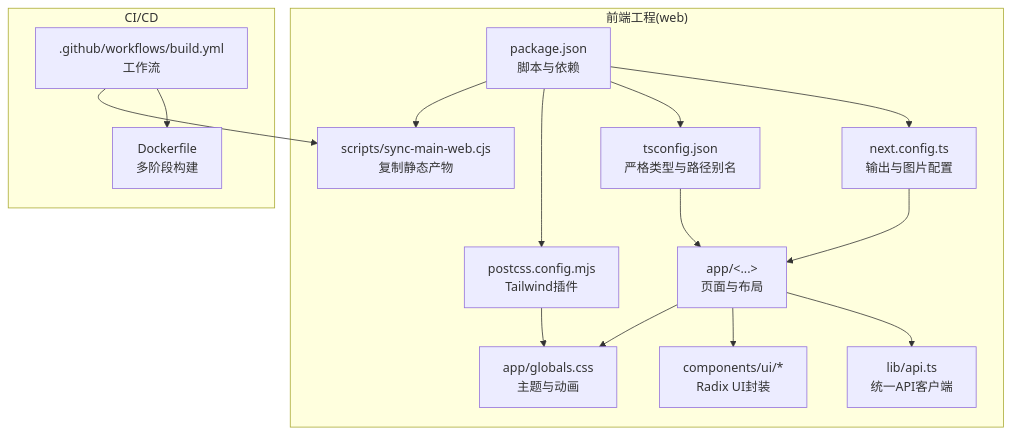
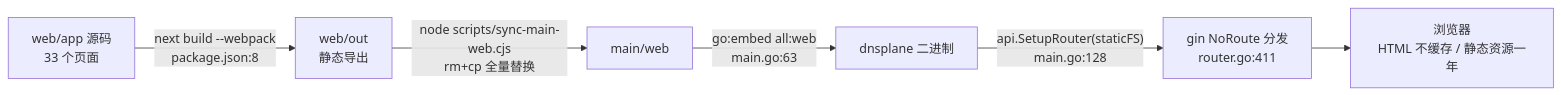
The first of 5 diagrams in docs/前端开发指南/构建部署与性能优化.md (x01n/dnsplane), drawn with Mermaid before and after one commit. The commit also changed other lines of this file and 326 other files, not shown here.

````diff
--- a/docs/前端开发指南/构建部署与性能优化.md
+++ b/docs/前端开发指南/构建部署与性能优化.md
@@ -40,30 +169,8 @@
 ```mermaid
-graph TB
-subgraph "前端工程(web)"
-Pkg["package.json<br/>脚本与依赖"]
-NextCfg["next.config.ts<br/>输出与图片配置"]
-TS["tsconfig.json<br/>严格类型与路径别名"]
-PostCSS["postcss.config.mjs<br/>Tailwind插件"]
-App["app/<...><br/>页面与布局"]
-Lib["lib/api.ts<br/>统一API客户端"]
-UI["components/ui/*<br/>Radix UI封装"]
-Styles["app/globals.css<br/>主题与动画"]
-Scripts["scripts/sync-main-web.cjs<br/>复制静态产物"]
-end
-subgraph "CI/CD"
-WF[".github/workflows/build.yml<br/>工作流"]
-DK["Dockerfile<br/>多阶段构建"]
-end
-Pkg --> NextCfg
-Pkg --> TS
-Pkg --> PostCSS
-NextCfg --> App
-TS --> App
-PostCSS --> Styles
-App --> Lib
-App --> UI
-App --> Styles
-Pkg --> Scripts
-WF --> DK
-WF --> Scripts
+flowchart LR
+A["web/app 源码<br/>33 个页面"] -->|"next build --webpack<br/>package.json:8"| B["web/out<br/>静态导出"]
+B -->|"node scripts/sync-main-web.cjs<br/>rm+cp 全量替换"| C["main/web"]
+C -->|"go:embed all:web<br/>main.go:63"| D["dnsplane 二进制"]
+D -->|"api.SetupRouter(staticFS)<br/>main.go:128"| E["gin NoRoute 分发<br/>router.go:411"]
+E --> F["浏览器<br/>HTML 不缓存 / 静态资源一年"]
 ```
````
